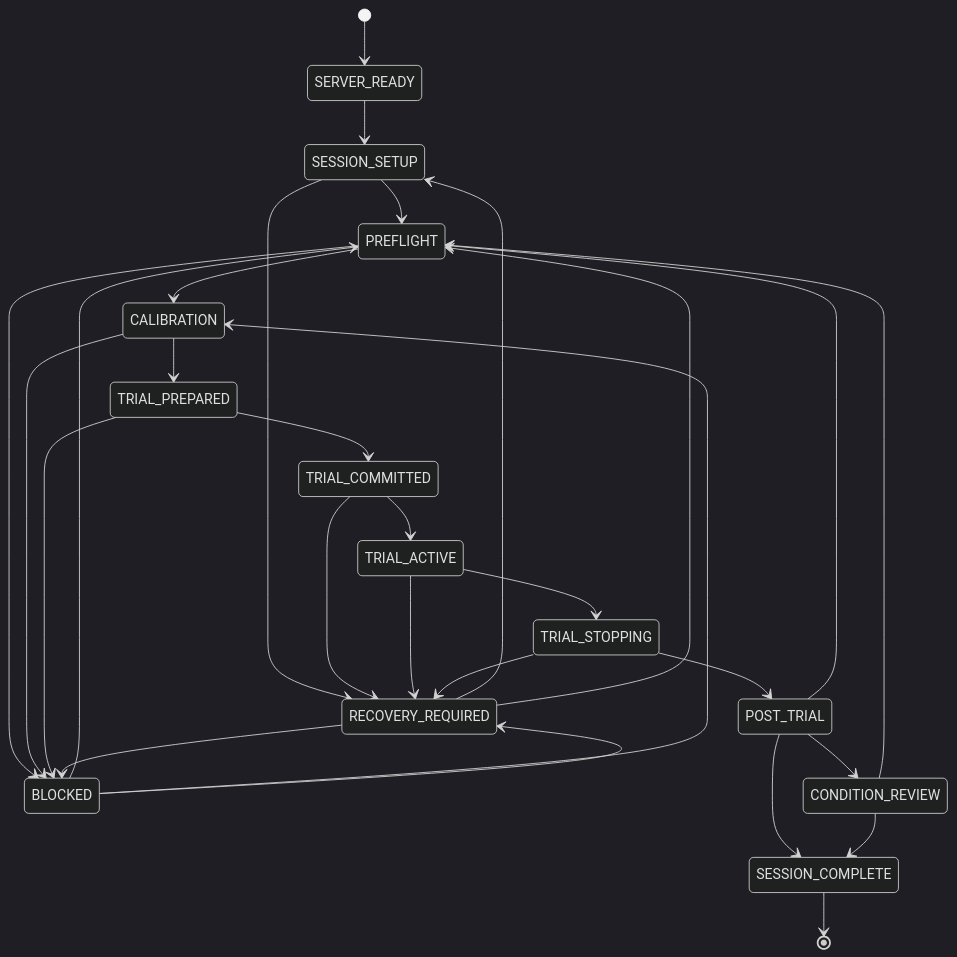
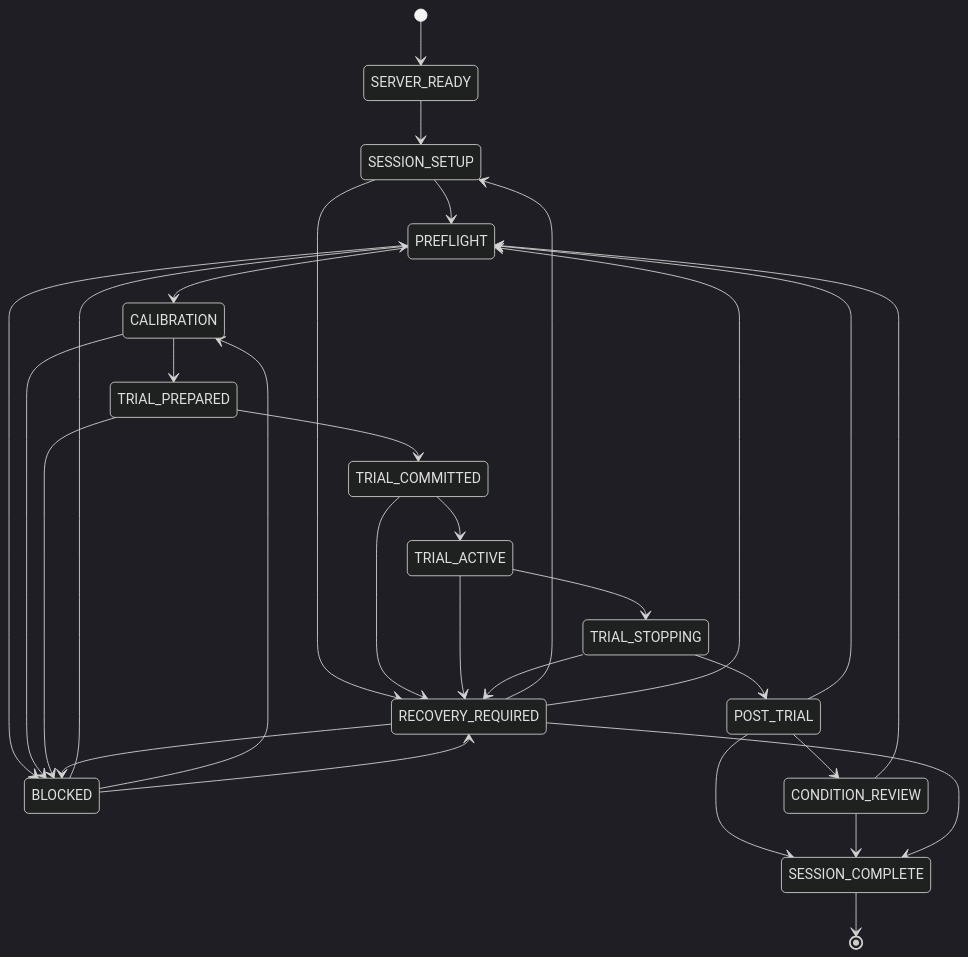
Before and after one commit to aryapranjan/Honours-Project-DR: the first of 2 diagrams in StudyController/docs/state-machines.md, drawn with Mermaid (dark theme). The commit also changed other lines of this file and 286 other files, not shown here.

````diff
--- a/StudyController/docs/state-machines.md
+++ b/StudyController/docs/state-machines.md
@@ -5,31 +5,32 @@
 ```mermaid
 stateDiagram-v2
     [*] --> SERVER_READY
     SERVER_READY --> SESSION_SETUP
     SESSION_SETUP --> PREFLIGHT
     PREFLIGHT --> CALIBRATION
     PREFLIGHT --> BLOCKED
     CALIBRATION --> TRIAL_PREPARED
     CALIBRATION --> BLOCKED
     TRIAL_PREPARED --> TRIAL_COMMITTED
     TRIAL_PREPARED --> BLOCKED
     TRIAL_COMMITTED --> TRIAL_ACTIVE
     TRIAL_ACTIVE --> TRIAL_STOPPING
     TRIAL_STOPPING --> POST_TRIAL
     POST_TRIAL --> PREFLIGHT
     POST_TRIAL --> CONDITION_REVIEW
     POST_TRIAL --> SESSION_COMPLETE
     CONDITION_REVIEW --> PREFLIGHT
     CONDITION_REVIEW --> SESSION_COMPLETE
     BLOCKED --> PREFLIGHT
     BLOCKED --> CALIBRATION
     BLOCKED --> RECOVERY_REQUIRED
     SESSION_SETUP --> RECOVERY_REQUIRED
     TRIAL_COMMITTED --> RECOVERY_REQUIRED
     TRIAL_ACTIVE --> RECOVERY_REQUIRED
     TRIAL_STOPPING --> RECOVERY_REQUIRED
     RECOVERY_REQUIRED --> SESSION_SETUP
     RECOVERY_REQUIRED --> PREFLIGHT
     RECOVERY_REQUIRED --> BLOCKED
+    RECOVERY_REQUIRED --> SESSION_COMPLETE
     SESSION_COMPLETE --> [*]
 ```
````
